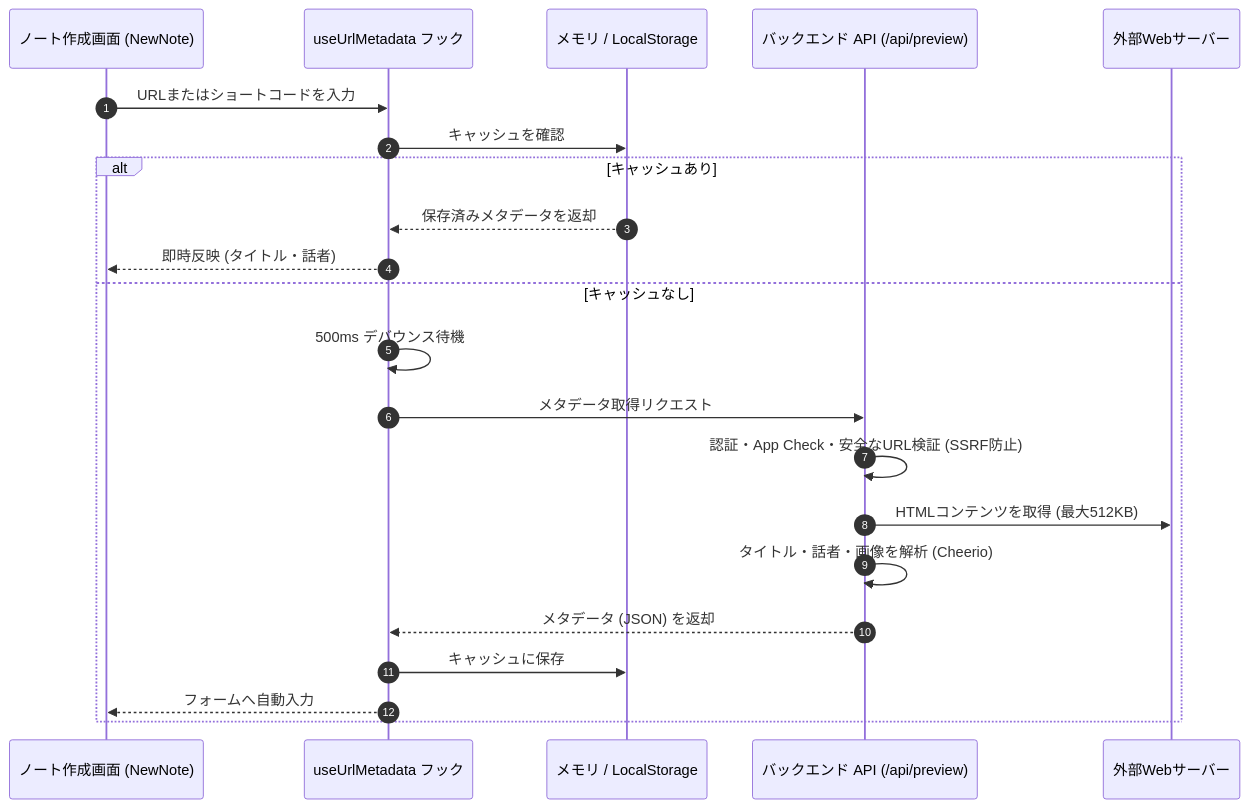
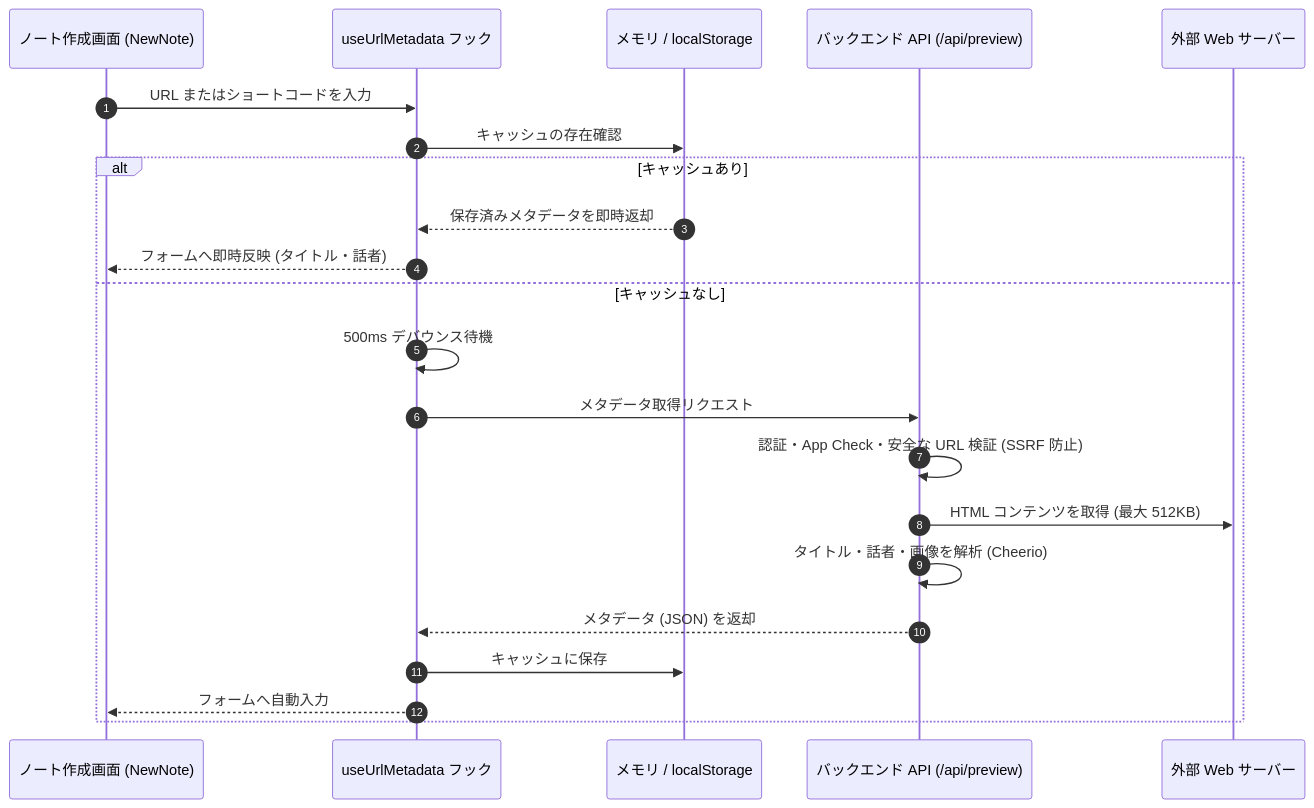
One commit to ScriptureHabit/scripture-habit changed the diagram in docs/ja/url-metadata-extraction.md. Above: the diagram before and after it, drawn with Mermaid. The commit also changed other lines of this file and 57 other files, not shown here.

Commit message:
docs: refine documentation prose and add structured diagram breakdowns across JA and EN

````diff
--- a/docs/ja/url-metadata-extraction.md
+++ b/docs/ja/url-metadata-extraction.md
@@ -11,25 +11,25 @@
 ```mermaid
 sequenceDiagram
     autonumber
     participant UI as ノート作成画面 (NewNote)
     participant Hook as useUrlMetadata フック
-    participant Cache as メモリ / LocalStorage
+    participant Cache as メモリ / localStorage
     participant API as バックエンド API (/api/preview)
-    participant Target as 外部Webサーバー
+    participant Target as 外部 Web サーバー
 
-    UI->>Hook: URLまたはショートコードを入力
-    Hook->>Cache: キャッシュを確認
+    UI->>Hook: URL またはショートコードを入力
+    Hook->>Cache: キャッシュの存在確認
     alt キャッシュあり
-        Cache-->>Hook: 保存済みメタデータを返却
-        Hook-->>UI: 即時反映 (タイトル・話者)
+        Cache-->>Hook: 保存済みメタデータを即時返却
+        Hook-->>UI: フォームへ即時反映 (タイトル・話者)
     else キャッシュなし
         Hook->>Hook: 500ms デバウンス待機
         Hook->>API: メタデータ取得リクエスト
-        API->>API: 認証・App Check・安全なURL検証 (SSRF防止)
-        API->>Target: HTMLコンテンツを取得 (最大512KB)
+        API->>API: 認証・App Check・安全な URL 検証 (SSRF 防止)
+        API->>Target: HTML コンテンツを取得 (最大 512KB)
         API->>API: タイトル・話者・画像を解析 (Cheerio)
         API-->>Hook: メタデータ (JSON) を返却
         Hook->>Cache: キャッシュに保存
         Hook-->>UI: フォームへ自動入力
     end
 ```
````
